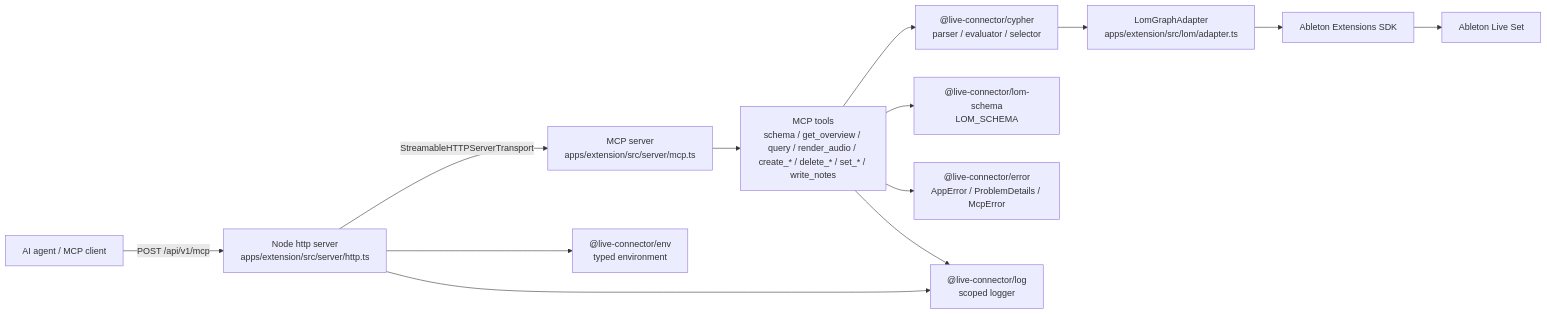
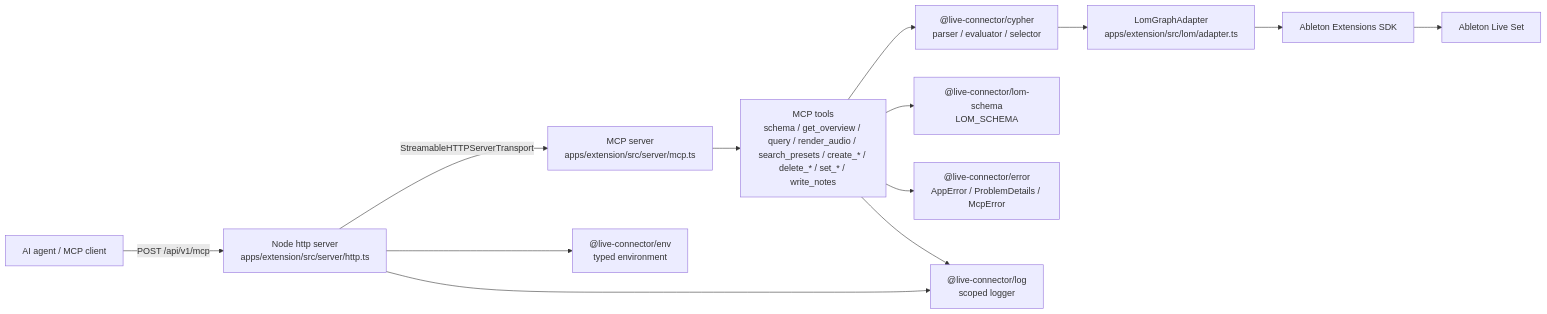
One commit to philtzjp/live-connector changed the first of 7 diagrams in llm/ARCHITECTURE.md. Above: the diagram before and after it, drawn with Mermaid. The commit also changed other lines of this file and 1 other file, not shown here.

````diff
--- a/llm/ARCHITECTURE.md
+++ b/llm/ARCHITECTURE.md
@@ -9,28 +9,28 @@
 ```mermaid
 flowchart LR
     agent["AI agent / MCP client"]
     http["Node http server<br/>apps/extension/src/server/http.ts"]
     mcp["MCP server<br/>apps/extension/src/server/mcp.ts"]
-    tools["MCP tools<br/>schema / get_overview / query / render_audio / create_* / delete_* / set_* / write_notes"]
+    tools["MCP tools<br/>schema / get_overview / query / render_audio / search_presets / create_* / delete_* / set_* / write_notes"]
     cypher["@live-connector/cypher<br/>parser / evaluator / selector"]
     adapter["LomGraphAdapter<br/>apps/extension/src/lom/adapter.ts"]
     sdk["Ableton Extensions SDK"]
     live["Ableton Live Set"]
     schema["@live-connector/lom-schema<br/>LOM_SCHEMA"]
     env["@live-connector/env<br/>typed environment"]
     error["@live-connector/error<br/>AppError / ProblemDetails / McpError"]
     log["@live-connector/log<br/>scoped logger"]
 
     agent -->|"POST /api/v1/mcp"| http
     http -->|"StreamableHTTPServerTransport"| mcp
     mcp --> tools
     tools --> cypher
     tools --> schema
     cypher --> adapter
     adapter --> sdk
     sdk --> live
     http --> env
     tools --> error
     http --> log
     tools --> log
 ```
````
